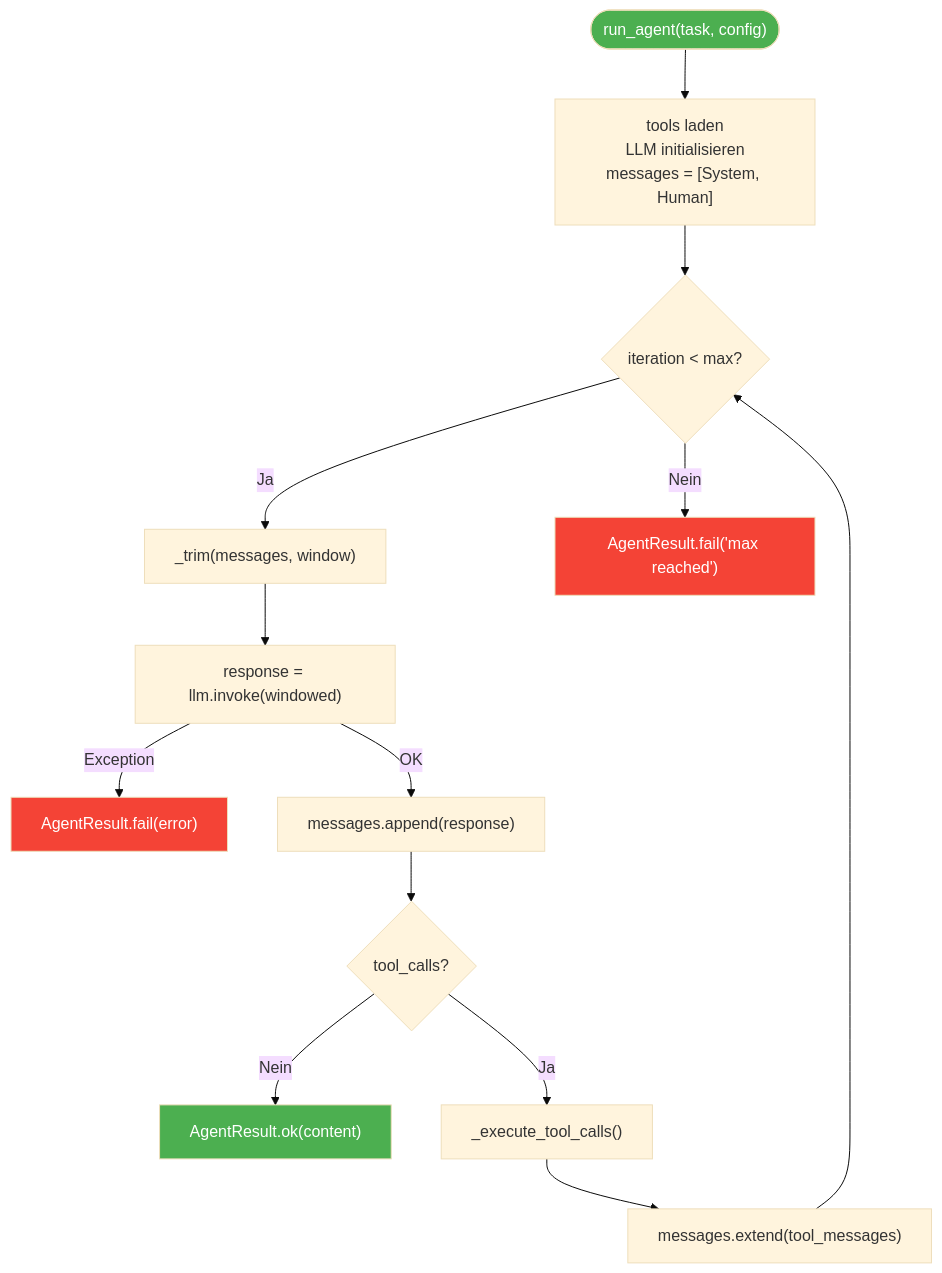
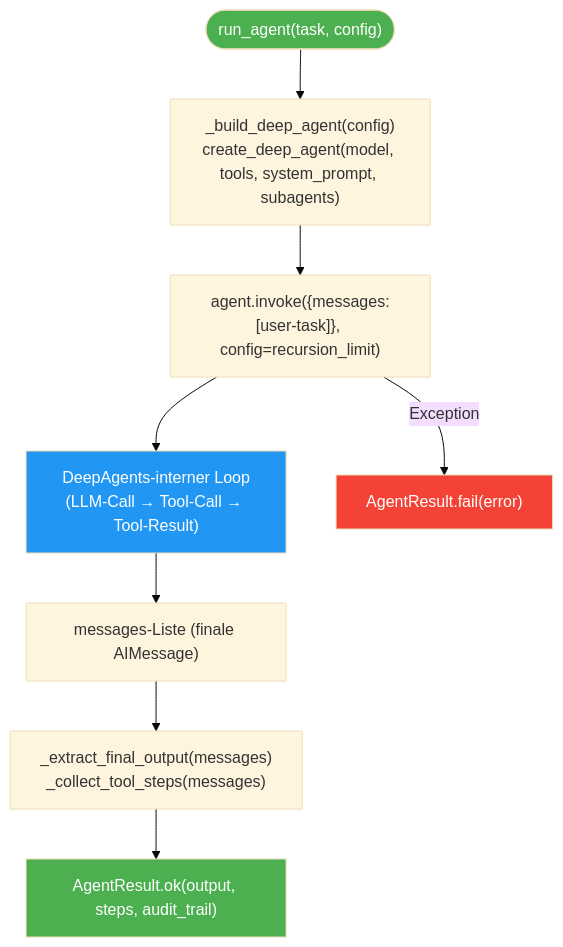
The first of 6 diagrams in docs/tutorial.md (schraenko/agent-smith), drawn with Mermaid (base theme) before and after one commit. The commit also changed other lines of this file and 26 other files, not shown here.

First line of the commit message:
DeepAgents-Migration + Doku-Update + misc-Ignore

````diff
--- a/docs/tutorial.md
+++ b/docs/tutorial.md
@@ -324,20 +335,15 @@
 ```mermaid
 flowchart TD
-    START(["run_agent(task, config)"]) --> INIT["tools laden<br/>LLM initialisieren<br/>messages = [System, Human]"]
-    INIT --> LOOP{"iteration < max?"}
-    LOOP -- Ja --> TRIM["_trim(messages, window)"]
-    TRIM --> INVOKE["response = llm.invoke(windowed)"]
+    START(["run_agent(task, config)"]) --> BUILD["_build_deep_agent(config)<br/>create_deep_agent(model, tools, system_prompt, subagents)"]
+    BUILD --> INVOKE["agent.invoke({messages:[user-task]}, config=recursion_limit)"]
+    INVOKE --> DEEP["DeepAgents-interner Loop<br/>(LLM-Call → Tool-Call → Tool-Result)"]
+    DEEP --> RESULT["messages-Liste (finale AIMessage)"]
+    RESULT --> EXTRACT["_extract_final_output(messages)<br/>_collect_tool_steps(messages)"]
+    EXTRACT --> DONE["AgentResult.ok(output, steps, audit_trail)"]
     INVOKE -- Exception --> FAIL["AgentResult.fail(error)"]
-    INVOKE -- OK --> APPEND["messages.append(response)"]
-    APPEND --> HAS_TOOLS{"tool_calls?"}
-    HAS_TOOLS -- Nein --> DONE["AgentResult.ok(content)"]
-    HAS_TOOLS -- Ja --> EXEC["_execute_tool_calls()"]
-    EXEC --> EXTEND["messages.extend(tool_messages)"]
-    EXTEND --> LOOP
-    LOOP -- Nein --> MAX["AgentResult.fail('max reached')"]
 
     style START fill:#4CAF50,color:#fff
     style DONE fill:#4CAF50,color:#fff
     style FAIL fill:#f44336,color:#fff
-    style MAX fill:#f44336,color:#fff
+    style DEEP fill:#2196F3,color:#fff
 ```
````
